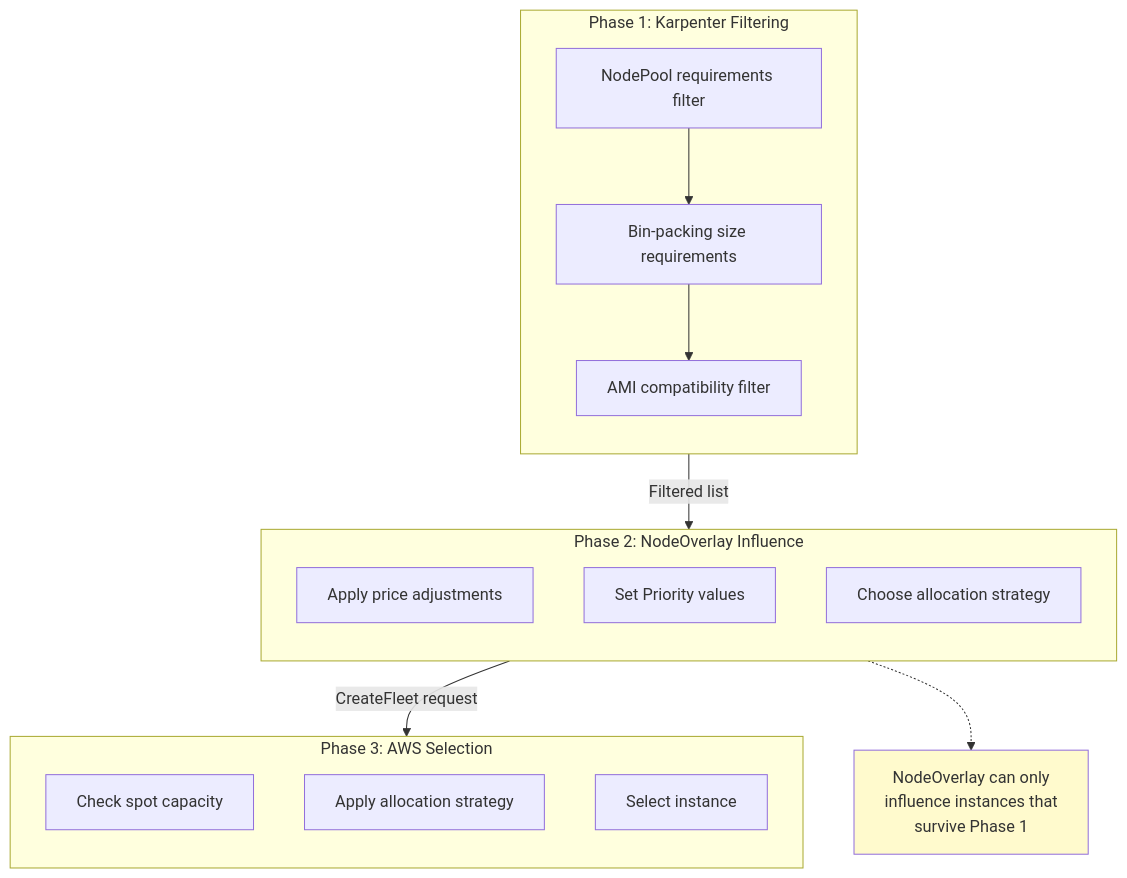
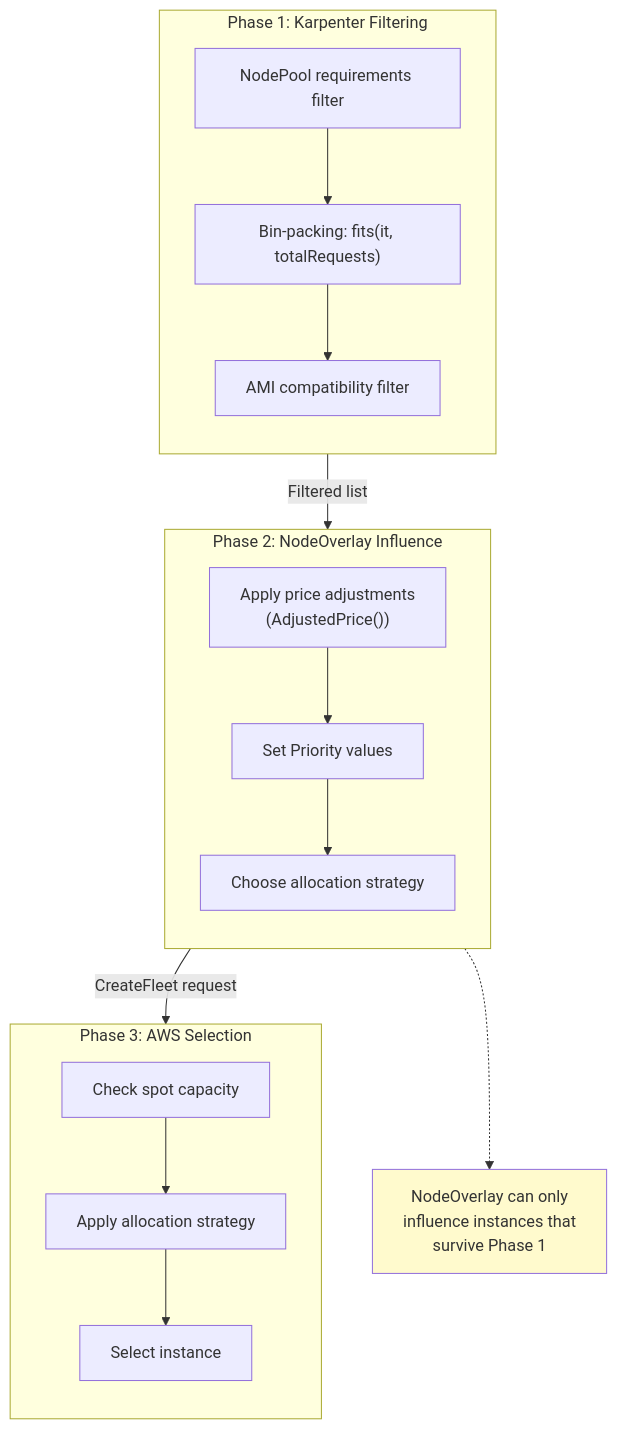
Before and after one commit to Nextdoor/veneer: the fourth of 4 diagrams in docs/karpenter-binpacking-and-nodeoverlay.md, drawn with Mermaid. The commit also changed other lines of this file, not shown here.

````diff
--- a/docs/karpenter-binpacking-and-nodeoverlay.md
+++ b/docs/karpenter-binpacking-and-nodeoverlay.md
@@ -175,33 +346,35 @@
 ```mermaid
 flowchart TB
     subgraph Phase1["Phase 1: Karpenter Filtering"]
         direction TB
         P1_1["NodePool requirements filter"]
-        P1_2["Bin-packing size requirements"]
+        P1_2["Bin-packing: fits(it, totalRequests)"]
         P1_3["AMI compatibility filter"]
         P1_1 --> P1_2 --> P1_3
     end
 
     subgraph Phase2["Phase 2: NodeOverlay Influence"]
         direction TB
-        P2_1["Apply price adjustments"]
+        P2_1["Apply price adjustments<br/>(AdjustedPrice())"]
         P2_2["Set Priority values"]
         P2_3["Choose allocation strategy"]
+        P2_1 --> P2_2 --> P2_3
     end
 
     subgraph Phase3["Phase 3: AWS Selection"]
         direction TB
         P3_1["Check spot capacity"]
         P3_2["Apply allocation strategy"]
         P3_3["Select instance"]
+        P3_1 --> P3_2 --> P3_3
     end
 
     Phase1 -->|"Filtered list"| Phase2
     Phase2 -->|"CreateFleet request"| Phase3
 
     Note1["NodeOverlay can only<br/>influence instances that<br/>survive Phase 1"]
 
     Phase2 -.-> Note1
 
     style Note1 fill:#FFFACD
 ```
````
